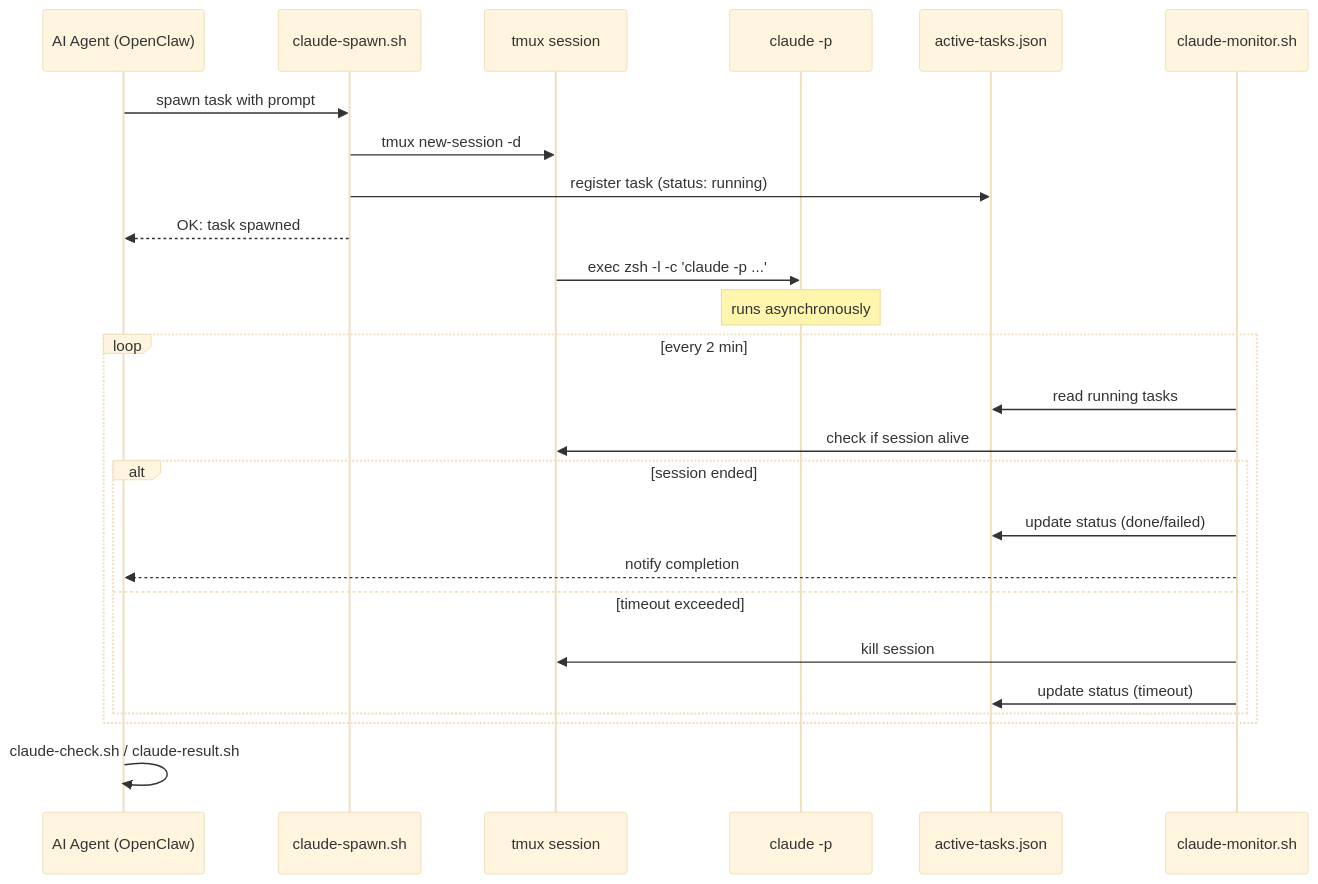
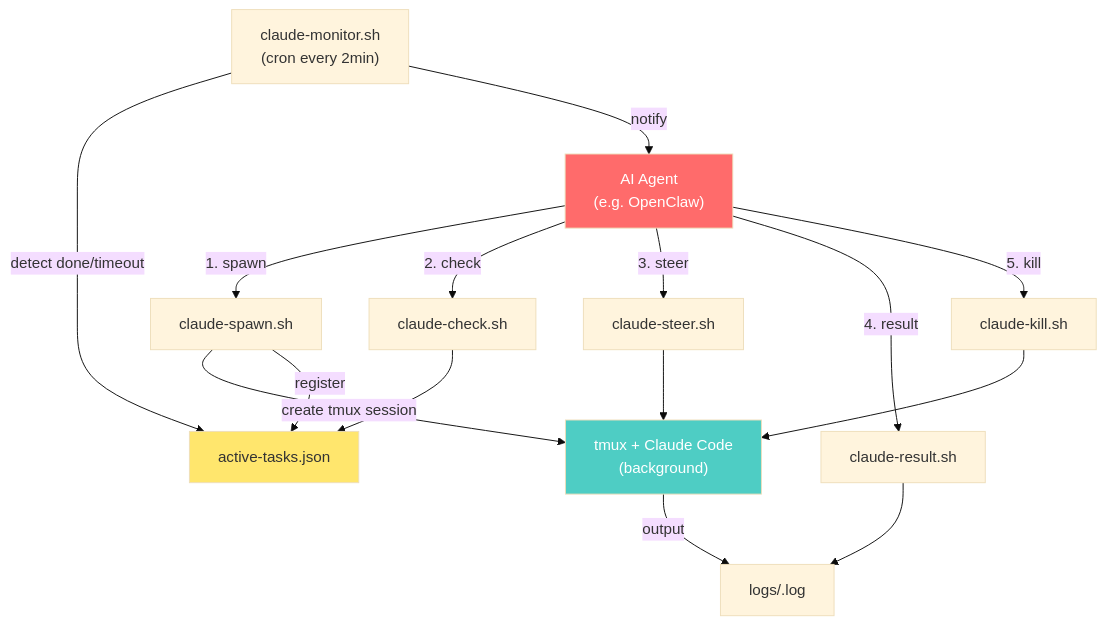
Before and after one commit to BarryYJJ/clawclau: the diagram in README.md, drawn with Mermaid (base theme). The commit also changed other lines of this file and 8 other files, not shown here.

````diff
--- a/README.md
+++ b/README.md
@@ -60,31 +60,24 @@
 ```mermaid
-sequenceDiagram
-    participant Agent as AI Agent (OpenClaw)
-    participant Spawn as claude-spawn.sh
-    participant Tmux as tmux session
-    participant Claude as claude -p
-    participant Registry as active-tasks.json
-    participant Monitor as claude-monitor.sh
+flowchart TB
+    Agent["AI Agent<br/>(e.g. OpenClaw)"] -->|"1. spawn"| Spawn["claude-spawn.sh"]
+    Spawn -->|"create tmux session"| Tmux["tmux + Claude Code<br/>(background)"]
+    Spawn -->|"register"| Registry["active-tasks.json"]
 
-    Agent->>Spawn: spawn task with prompt
-    Spawn->>Tmux: tmux new-session -d
-    Spawn->>Registry: register task (status: running)
-    Spawn-->>Agent: OK: task spawned
+    Monitor["claude-monitor.sh<br/>(cron every 2min)"] -->|"detect done/timeout"| Registry
+    Monitor -->|"notify"| Agent
 
-    Tmux->>Claude: exec zsh -l -c 'claude -p ...'
-    Note over Claude: runs asynchronously
+    Tmux -->|"output"| Logs["logs/<task-id>.log"]
 
-    loop every 2 min
-        Monitor->>Registry: read running tasks
-        Monitor->>Tmux: check if session alive
-        alt session ended
-            Monitor->>Registry: update status (done/failed)
-            Monitor-->>Agent: notify completion
-        else timeout exceeded
-            Monitor->>Tmux: kill session
-            Monitor->>Registry: update status (timeout)
-        end
-    end
+    Agent -->|"2. check"| Check["claude-check.sh"]
+    Check --> Registry
+    Agent -->|"3. steer"| Steer["claude-steer.sh"]
+    Steer --> Tmux
+    Agent -->|"4. result"| Result["claude-result.sh"]
+    Result --> Logs
+    Agent -->|"5. kill"| Kill["claude-kill.sh"]
+    Kill --> Tmux
 
-    Agent->>Agent: claude-check.sh / claude-result.sh
+    style Agent fill:#ff6b6b,color:#fff
+    style Tmux fill:#4ecdc4,color:#fff
+    style Registry fill:#ffe66d,color:#333
 ```
````
